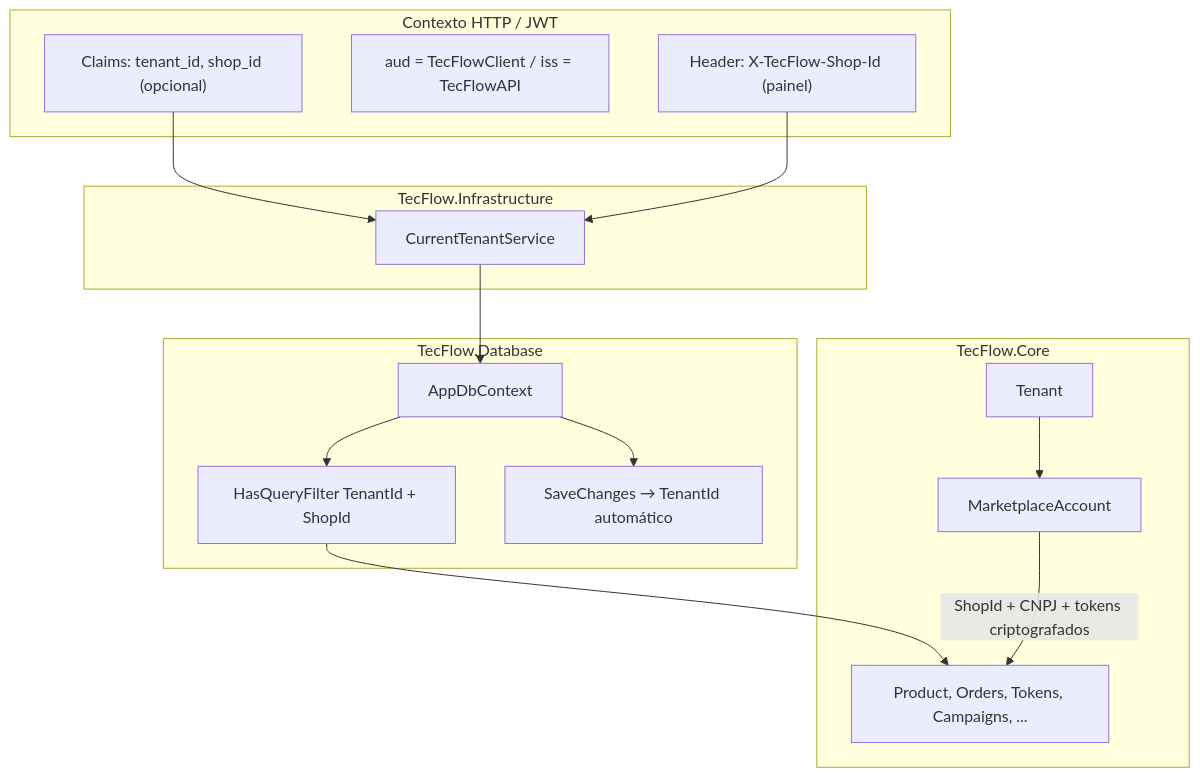
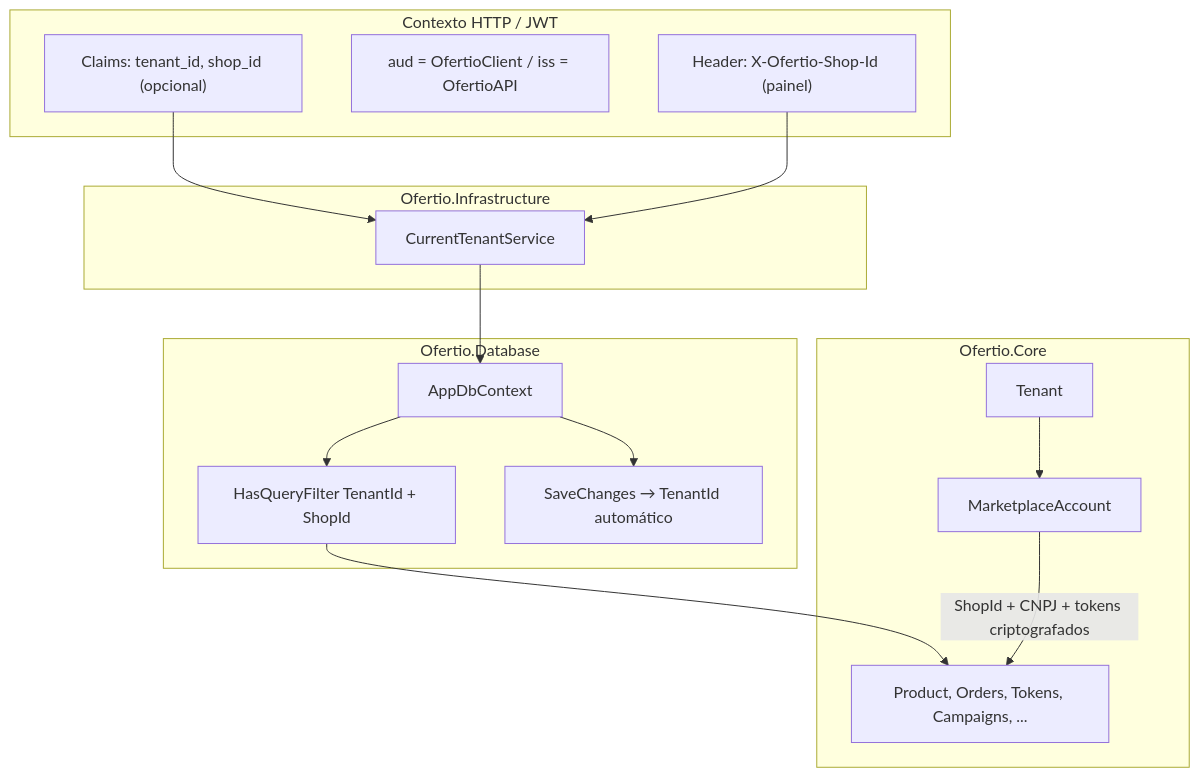
Before and after one commit to ronyaraujodeveloper/TecFlow: diagram 15 of 29 in docs/DIAGRAMAS_ARQUITETURA.md, drawn with Mermaid. The commit also changed other lines of this file and 2495 other files, not shown here.

First line of the commit message:
refactor!: migra marca TecFlow para Ofertio

````diff
--- a/docs/DIAGRAMAS_ARQUITETURA.md
+++ b/docs/DIAGRAMAS_ARQUITETURA.md
@@ -1340,33 +1343,33 @@
 ```mermaid
 flowchart TB
   subgraph JWT["Contexto HTTP / JWT"]
     Claims["Claims: tenant_id, shop_id (opcional)"]
-    Aud["aud = TecFlowClient / iss = TecFlowAPI"]
-    Header["Header: X-TecFlow-Shop-Id (painel)"]
+    Aud["aud = OfertioClient / iss = OfertioAPI"]
+    Header["Header: X-Ofertio-Shop-Id (painel)"]
   end
 
-  subgraph Infra["TecFlow.Infrastructure"]
+  subgraph Infra["Ofertio.Infrastructure"]
     CTS[CurrentTenantService]
   end
 
-  subgraph DB["TecFlow.Database"]
+  subgraph DB["Ofertio.Database"]
     CTX[AppDbContext]
     QF[HasQueryFilter TenantId + ShopId]
     SC[SaveChanges → TenantId automático]
   end
 
-  subgraph Core["TecFlow.Core"]
+  subgraph Core["Ofertio.Core"]
     T[Tenant]
     MA[MarketplaceAccount]
     ENT[Product, Orders, Tokens, Campaigns, ...]
   end
 
   Claims --> CTS
   Header --> CTS
   CTS --> CTX
   CTX --> QF
   CTX --> SC
   QF --> ENT
   T --> MA
   MA -->|ShopId + CNPJ + tokens criptografados| ENT
 ```
````
